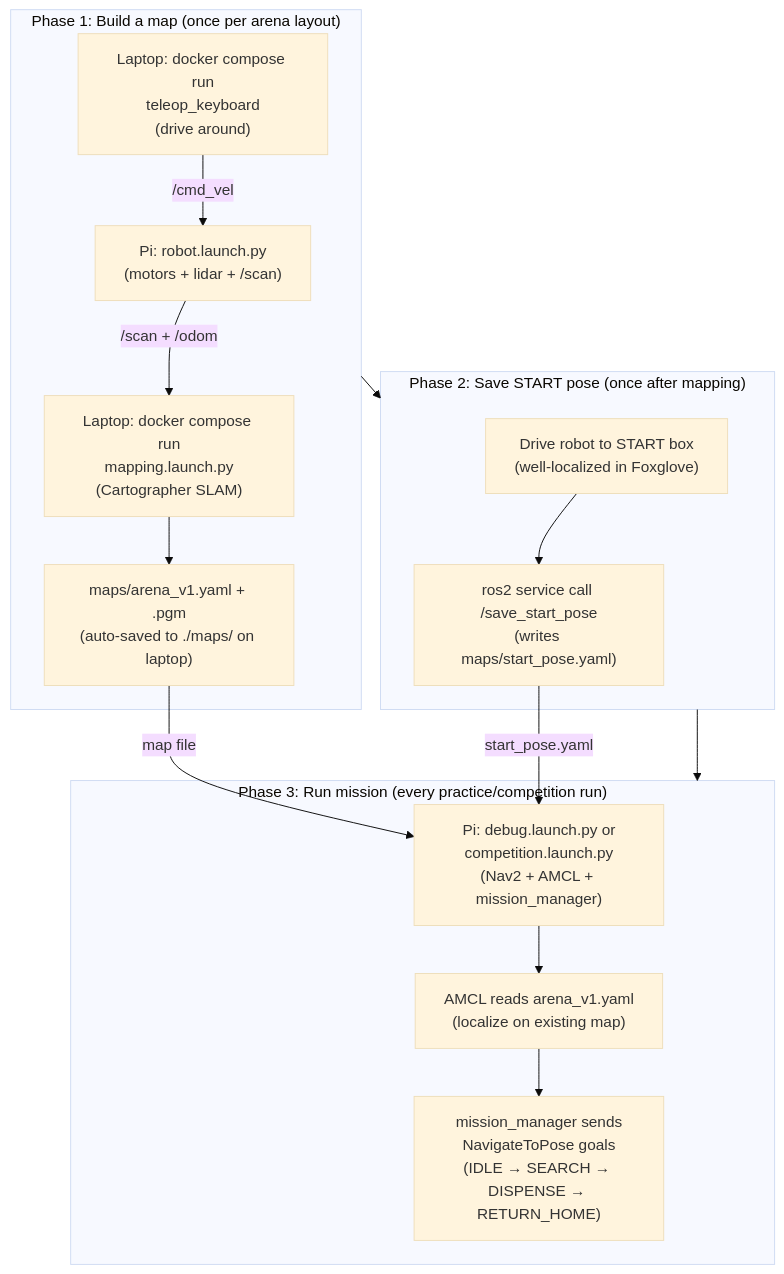
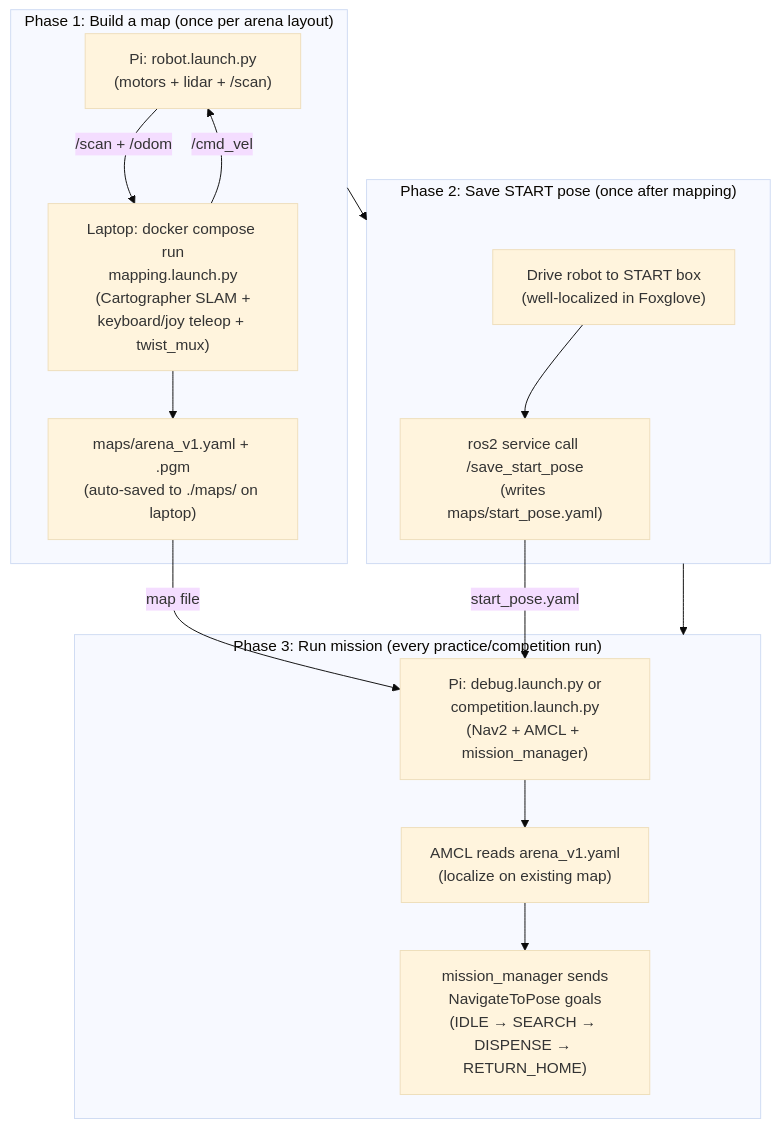
The diagram in docs/en/05-navigation.md (robotkub/turtlebot3), drawn with Mermaid (base theme) before and after one commit. The commit also changed other lines of this file and 10 other files, not shown here.

First line of the commit message:
Update docs for teleop/joy/twist_mux; fix --symlink-install bug

````diff
--- a/docs/en/05-navigation.md
+++ b/docs/en/05-navigation.md
@@ -37,29 +37,28 @@
 ```mermaid
 flowchart TD
     subgraph Step1["Phase 1: Build a map (once per arena layout)"]
         A["Pi: robot.launch.py\n(motors + lidar + /scan)"]
-        B["Laptop: docker compose run\nmapping.launch.py\n(Cartographer SLAM)"]
-        C["Laptop: docker compose run\nteleop_keyboard\n(drive around)"]
+        B["Laptop: docker compose run\nmapping.launch.py\n(Cartographer SLAM +\nkeyboard/joy teleop + twist_mux)"]
         D["maps/arena_v1.yaml + .pgm\n(auto-saved to ./maps/ on laptop)"]
         A -->|"/scan + /odom"| B
-        C -->|"/cmd_vel"| A
+        B -->|"/cmd_vel"| A
         B --> D
     end
 
     subgraph Step2["Phase 2: Save START pose (once after mapping)"]
         E["Drive robot to START box\n(well-localized in Foxglove)"]
         F["ros2 service call /save_start_pose\n(writes maps/start_pose.yaml)"]
         E --> F
     end
 
     subgraph Step3["Phase 3: Run mission (every practice/competition run)"]
         G["Pi: debug.launch.py or\ncompetition.launch.py\n(Nav2 + AMCL + mission_manager)"]
         H["AMCL reads arena_v1.yaml\n(localize on existing map)"]
         I["mission_manager sends\nNavigateToPose goals\n(IDLE → SEARCH → DISPENSE → RETURN_HOME)"]
         D -->|"map file"| G
         F -->|"start_pose.yaml"| G
         G --> H --> I
     end
 
     Step1 --> Step2 --> Step3
 ```
````
